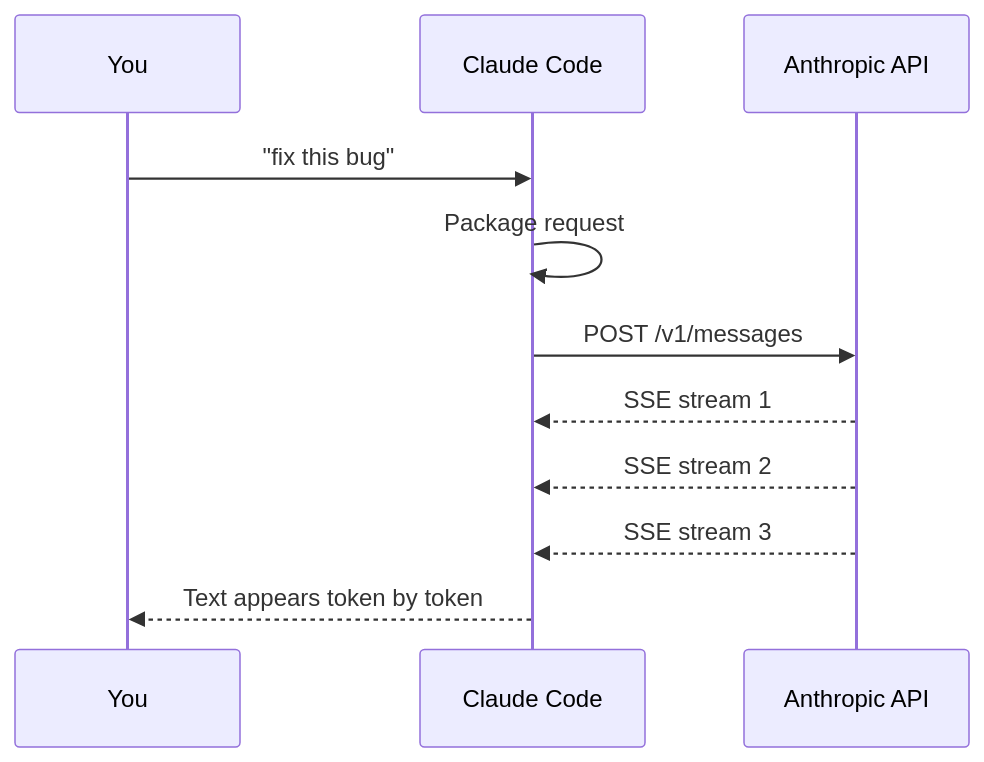
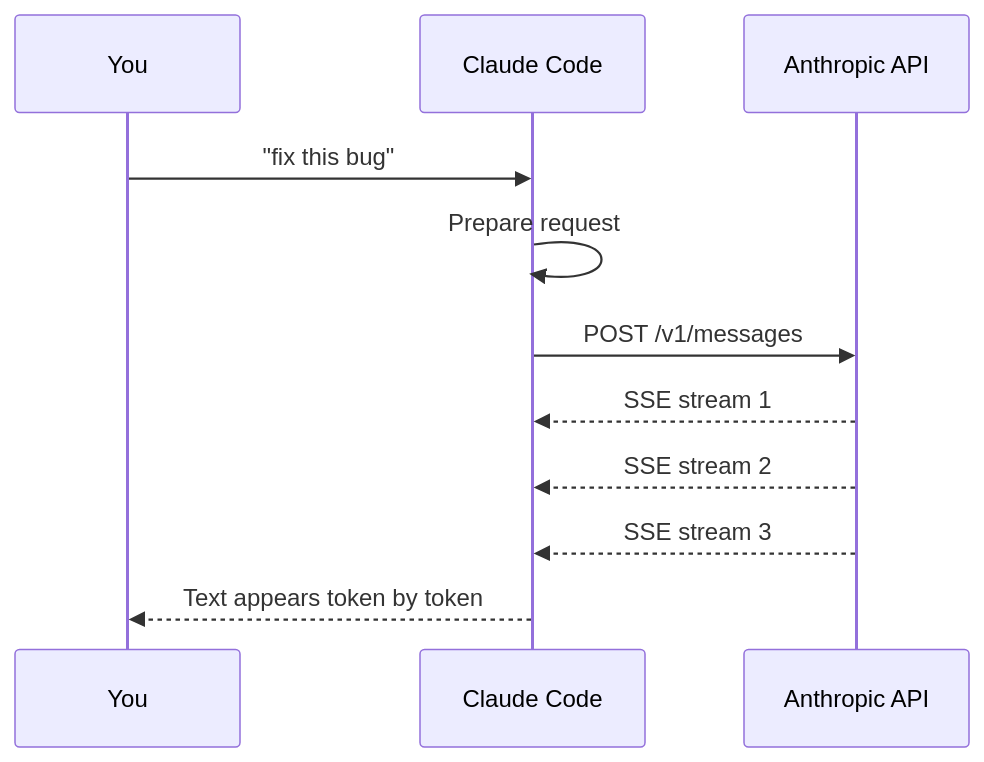
Before and after one commit to rastrigin-systems/rastrigin.systems: the second of 2 diagrams in src/content/blog/claude-code-part-1-requests.md, drawn with Mermaid. The commit also changed other lines of this file and 8 other files, not shown here.

````diff
--- a/src/content/blog/claude-code-part-1-requests.md
+++ b/src/content/blog/claude-code-part-1-requests.md
@@ -58,14 +63,15 @@
 ```mermaid
 sequenceDiagram
     participant You
     participant CLI as Claude Code
     participant Cloud as Anthropic API
 
     You->>CLI: "fix this bug"
-    CLI->>CLI: Package request
+    CLI->>CLI: Prepare request
     CLI->>Cloud: POST /v1/messages
     Cloud-->>CLI: SSE stream 1
     Cloud-->>CLI: SSE stream 2
     Cloud-->>CLI: SSE stream 3
     CLI-->>You: Text appears token by token
+
 ```
````
